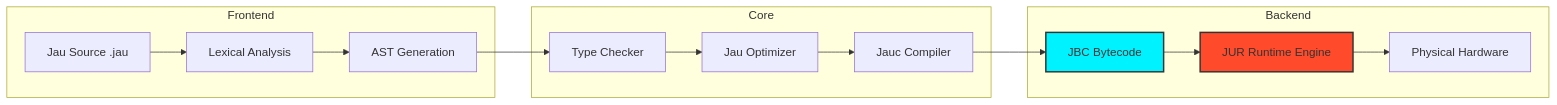
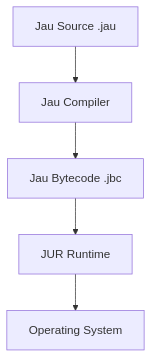
One commit to DeathAmir/Jau-lang changed the diagram in README.md. Above: the diagram before and after it, drawn with Mermaid. The commit also changed other lines of this file, not shown here.

````diff
--- a/README.md
+++ b/README.md
@@ -44,22 +135,7 @@
 ```mermaid
-graph LR
-    subgraph Frontend
-    A[Jau Source .jau] --> B[Lexical Analysis]
-    B --> C[AST Generation]
-    end
-    
-    subgraph Core
-    C --> D[Type Checker]
-    D --> E[Jau Optimizer]
-    E --> F[Jauc Compiler]
-    end
-    
-    subgraph Backend
-    F --> G[JBC Bytecode]
-    G --> H[JUR Runtime Engine]
-    H --> I[Physical Hardware]
-    end
-
-    style G fill:#00f2fe,stroke:#333,stroke-width:2px
-    style H fill:#ff4b2b,stroke:#333,stroke-width:2px
+graph TD
+A[Jau Source .jau] --> B[Jau Compiler]
+B --> C[Jau Bytecode .jbc]
+C --> D[JUR Runtime]
+D --> E[Operating System]
 ```
````
